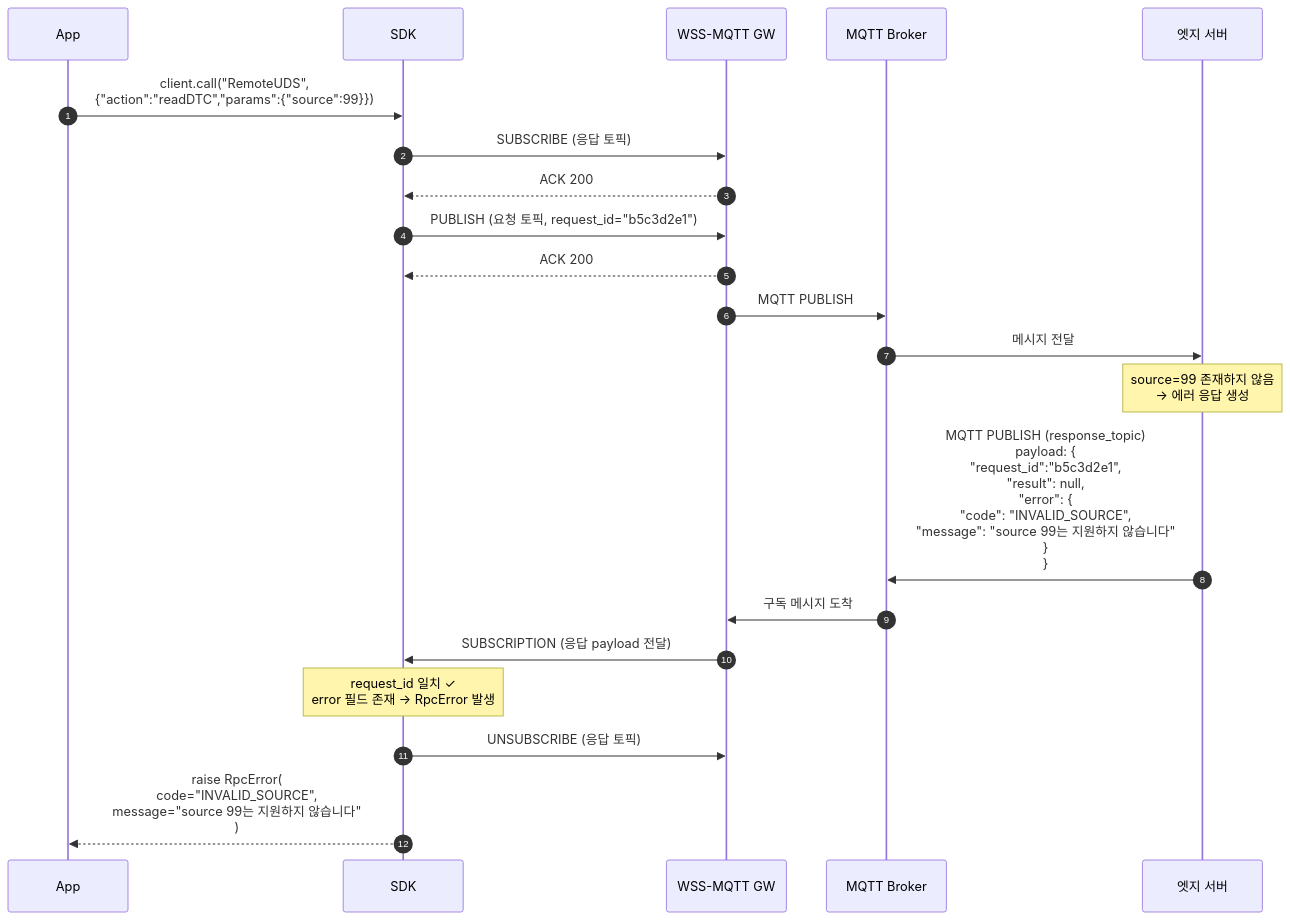
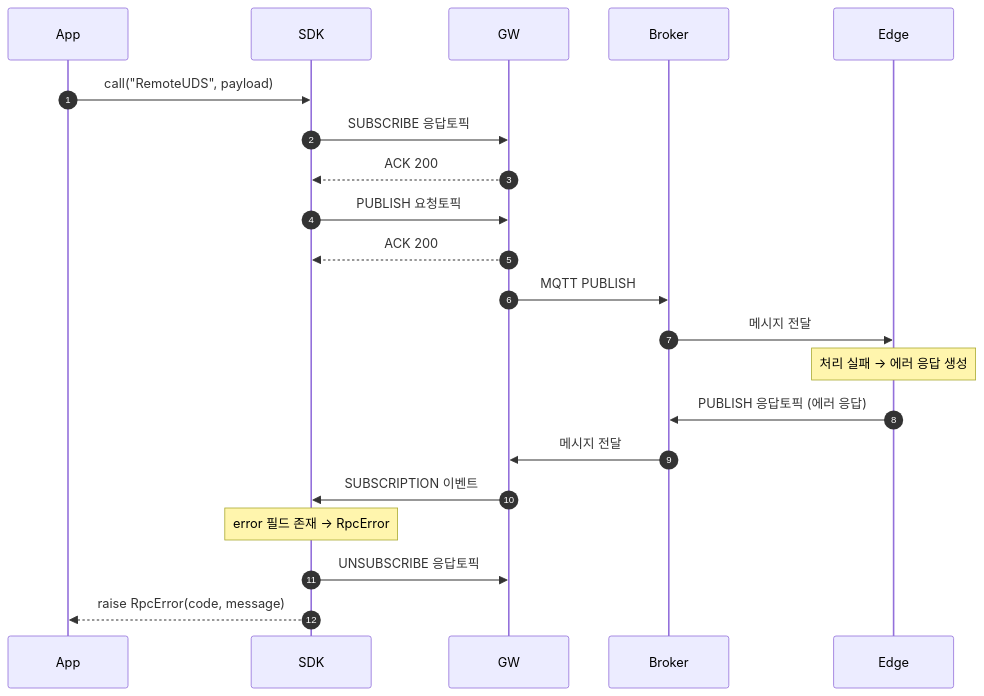
One commit to DongEunKim/MQTT-WSS-API changed the second of 11 diagrams in docs/RPC_SEQUENCE_DIAGRAMS.md. Above: the diagram before and after it, drawn with Mermaid. The commit also changed other lines of this file, not shown here.

First line of the commit message:
docs: RPC 시퀀스 다이어그램 가독성 개선 (화살표 레이블 축약, 사양 분리)

````diff
--- a/docs/RPC_SEQUENCE_DIAGRAMS.md
+++ b/docs/RPC_SEQUENCE_DIAGRAMS.md
@@ -140,30 +100,28 @@
 ```mermaid
 sequenceDiagram
     autonumber
     participant App
     participant SDK
-    participant GW as WSS-MQTT GW
-    participant Broker as MQTT Broker
-    participant Edge as 엣지 서버
+    participant GW
+    participant Broker
+    participant Edge
 
-    App->>SDK: client.call("RemoteUDS",<br/>{"action":"readDTC","params":{"source":99}})
-
-    SDK->>GW: SUBSCRIBE (응답 토픽)
+    App->>SDK: call("RemoteUDS", payload)
+    SDK->>GW: SUBSCRIBE 응답토픽
     GW-->>SDK: ACK 200
-    SDK->>GW: PUBLISH (요청 토픽, request_id="b5c3d2e1")
+    SDK->>GW: PUBLISH 요청토픽
     GW-->>SDK: ACK 200
     GW->>Broker: MQTT PUBLISH
     Broker->>Edge: 메시지 전달
 
-    Note over Edge: source=99 존재하지 않음<br/>→ 에러 응답 생성
+    Note over Edge: 처리 실패 → 에러 응답 생성
 
-    Edge->>Broker: MQTT PUBLISH (response_topic)<br/>payload: {<br/>  "request_id":"b5c3d2e1",<br/>  "result": null,<br/>  "error": {<br/>    "code": "INVALID_SOURCE",<br/>    "message": "source 99는 지원하지 않습니다"<br/>  }<br/>}
+    Edge->>Broker: PUBLISH 응답토픽 (에러 응답)
+    Broker->>GW: 메시지 전달
+    GW->>SDK: SUBSCRIPTION 이벤트
 
-    Broker->>GW: 구독 메시지 도착
-    GW->>SDK: SUBSCRIPTION (응답 payload 전달)
+    Note over SDK: error 필드 존재 → RpcError
 
-    Note over SDK: request_id 일치 ✓<br/>error 필드 존재 → RpcError 발생
-
-    SDK->>GW: UNSUBSCRIBE (응답 토픽)
-    SDK-->>App: raise RpcError(<br/>  code="INVALID_SOURCE",<br/>  message="source 99는 지원하지 않습니다"<br/>)
+    SDK->>GW: UNSUBSCRIBE 응답토픽
+    SDK-->>App: raise RpcError(code, message)
 ```
````
